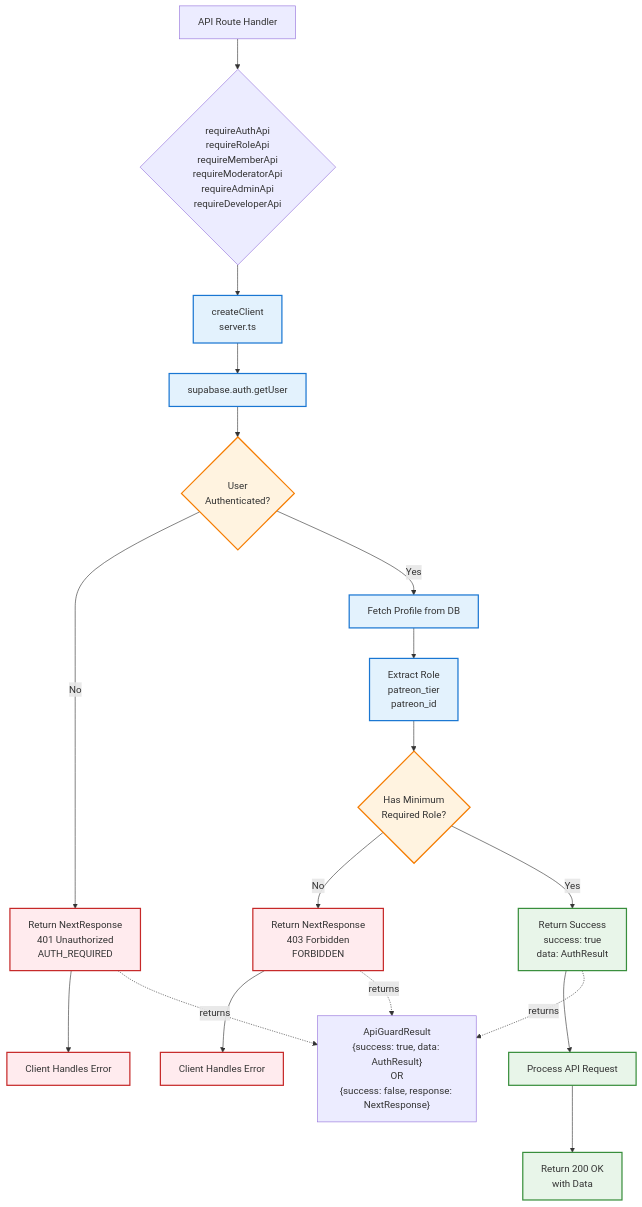
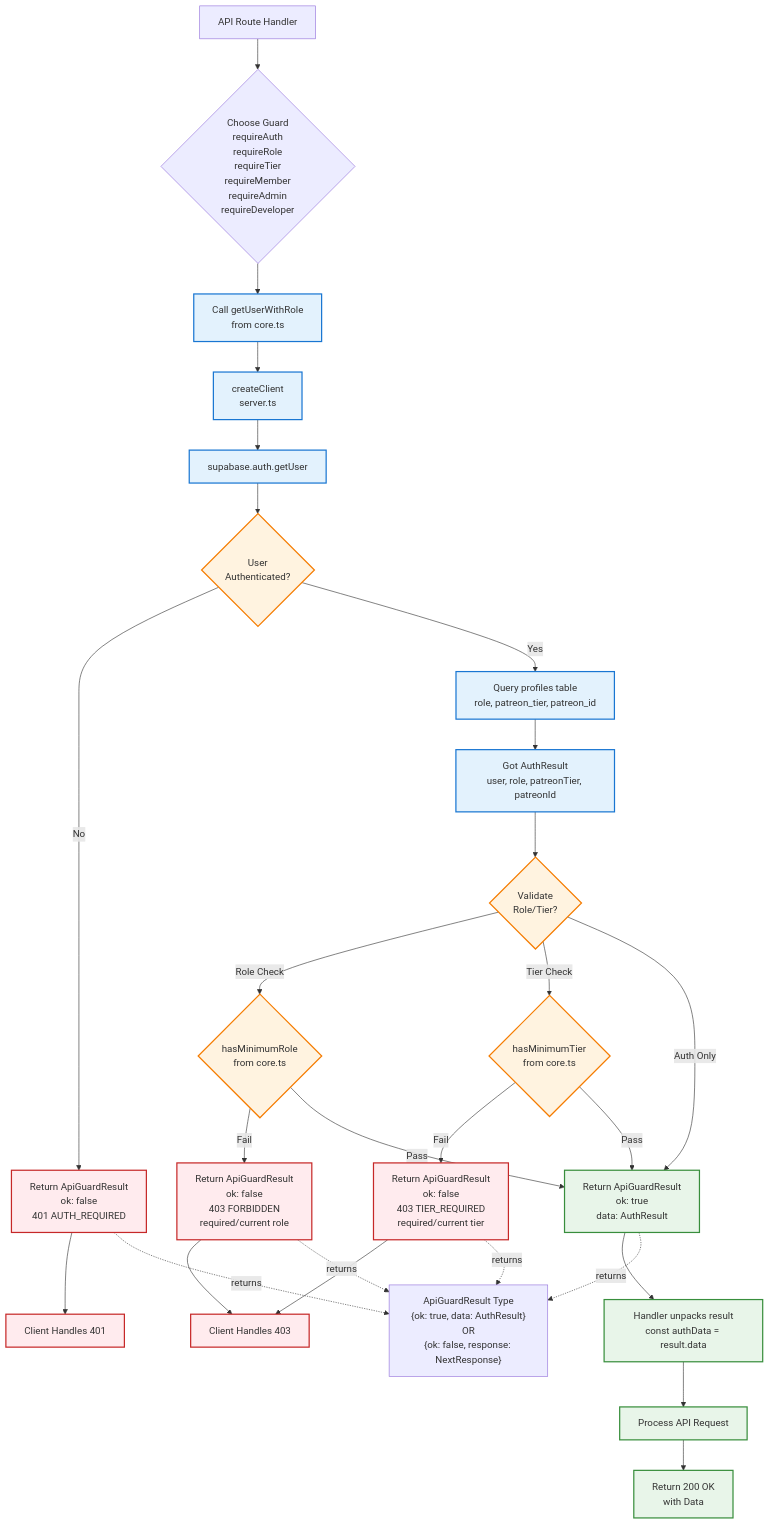
Before and after one commit to the-muppet/defcat-website: the third of 5 diagrams in docs/diagrams/authentication-flow.md, drawn with Mermaid. The commit also changed other lines of this file, not shown here.

Commit message:
Revise authentication and authorization flow documentation for multi-tier and role-based guards

````diff
--- a/docs/diagrams/authentication-flow.md
+++ b/docs/diagrams/authentication-flow.md
@@ -110,41 +120,52 @@
 ```mermaid
 flowchart TD
-    Start[API Route Handler] --> RequireAuthAPI{requireAuthApi<br/>requireRoleApi<br/>requireMemberApi<br/>requireModeratorApi<br/>requireAdminApi<br/>requireDeveloperApi}
+    Start[API Route Handler] --> RequireAuthAPI{Choose Guard<br/>requireAuth<br/>requireRole<br/>requireTier<br/>requireMember<br/>requireAdmin<br/>requireDeveloper}
 
-    RequireAuthAPI --> CreateClient[createClient<br/>server.ts]
+    RequireAuthAPI --> CoreAuth[Call getUserWithRole<br/>from core.ts]
+    CoreAuth --> CreateClient[createClient<br/>server.ts]
     CreateClient --> GetUser[supabase.auth.getUser]
     GetUser --> UserExists{User<br/>Authenticated?}
 
-    UserExists -->|No| Return401[Return NextResponse<br/>401 Unauthorized<br/>AUTH_REQUIRED]
-    UserExists -->|Yes| FetchProfile[Fetch Profile from DB]
+    UserExists -->|No| Return401[Return ApiGuardResult<br/>ok: false<br/>401 AUTH_REQUIRED]
+    UserExists -->|Yes| FetchProfile[Query profiles table<br/>role, patreon_tier, patreon_id]
 
-    FetchProfile --> GetRole[Extract Role<br/>patreon_tier<br/>patreon_id]
-    GetRole --> CheckRole{Has Minimum<br/>Required Role?}
+    FetchProfile --> ReturnData[Got AuthResult<br/>user, role, patreonTier, patreonId]
+    ReturnData --> ValidateAccess{Validate<br/>Role/Tier?}
 
-    CheckRole -->|No| Return403[Return NextResponse<br/>403 Forbidden<br/>FORBIDDEN]
-    CheckRole -->|Yes| ReturnSuccess[Return Success<br/>success: true<br/>data: AuthResult]
+    ValidateAccess -->|Role Check| CheckRole{hasMinimumRole<br/>from core.ts}
+    ValidateAccess -->|Tier Check| CheckTier{hasMinimumTier<br/>from core.ts}
+    ValidateAccess -->|Auth Only| ReturnSuccess
 
-    ReturnSuccess --> ProcessRequest[Process API Request]
-    Return401 --> ClientHandles401[Client Handles Error]
-    Return403 --> ClientHandles403[Client Handles Error]
+    CheckRole -->|Fail| Return403Role[Return ApiGuardResult<br/>ok: false<br/>403 FORBIDDEN<br/>required/current role]
+    CheckRole -->|Pass| ReturnSuccess[Return ApiGuardResult<br/>ok: true<br/>data: AuthResult]
+    CheckTier -->|Fail| Return403Tier[Return ApiGuardResult<br/>ok: false<br/>403 TIER_REQUIRED<br/>required/current tier]
+    CheckTier -->|Pass| ReturnSuccess
+
+    ReturnSuccess --> UnpackResult[Handler unpacks result<br/>const authData = result.data]
+    UnpackResult --> ProcessRequest[Process API Request]
+
+    Return401 --> ClientHandles401[Client Handles 401]
+    Return403Role --> ClientHandles403[Client Handles 403]
+    Return403Tier --> ClientHandles403
 
     ProcessRequest --> SuccessResponse[Return 200 OK<br/>with Data]
 
     %% Guard Result Type
-    GuardResult["ApiGuardResult<br/>{success: true, data: AuthResult}<br/>OR<br/>{success: false, response: NextResponse}"]
+    GuardResult["ApiGuardResult Type<br/>{ok: true, data: AuthResult}<br/>OR<br/>{ok: false, response: NextResponse}"]
 
     ReturnSuccess -.returns.-> GuardResult
     Return401 -.returns.-> GuardResult
-    Return403 -.returns.-> GuardResult
+    Return403Role -.returns.-> GuardResult
+    Return403Tier -.returns.-> GuardResult
 
     %% Styling
     classDef success fill:#e8f5e9,stroke:#388e3c,stroke-width:2px
     classDef error fill:#ffebee,stroke:#c62828,stroke-width:2px
     classDef process fill:#e3f2fd,stroke:#1976d2,stroke-width:2px
     classDef decision fill:#fff3e0,stroke:#f57c00,stroke-width:2px
 
-    class ProcessRequest,SuccessResponse,ReturnSuccess success
-    class Return401,Return403,ClientHandles401,ClientHandles403 error
-    class CreateClient,GetUser,FetchProfile,GetRole process
-    class UserExists,CheckRole decision
+    class ProcessRequest,SuccessResponse,ReturnSuccess,UnpackResult success
+    class Return401,Return403Role,Return403Tier,ClientHandles401,ClientHandles403 error
+    class CreateClient,GetUser,FetchProfile,CoreAuth,ReturnData process
+    class UserExists,CheckRole,CheckTier,ValidateAccess decision
 ```
````
